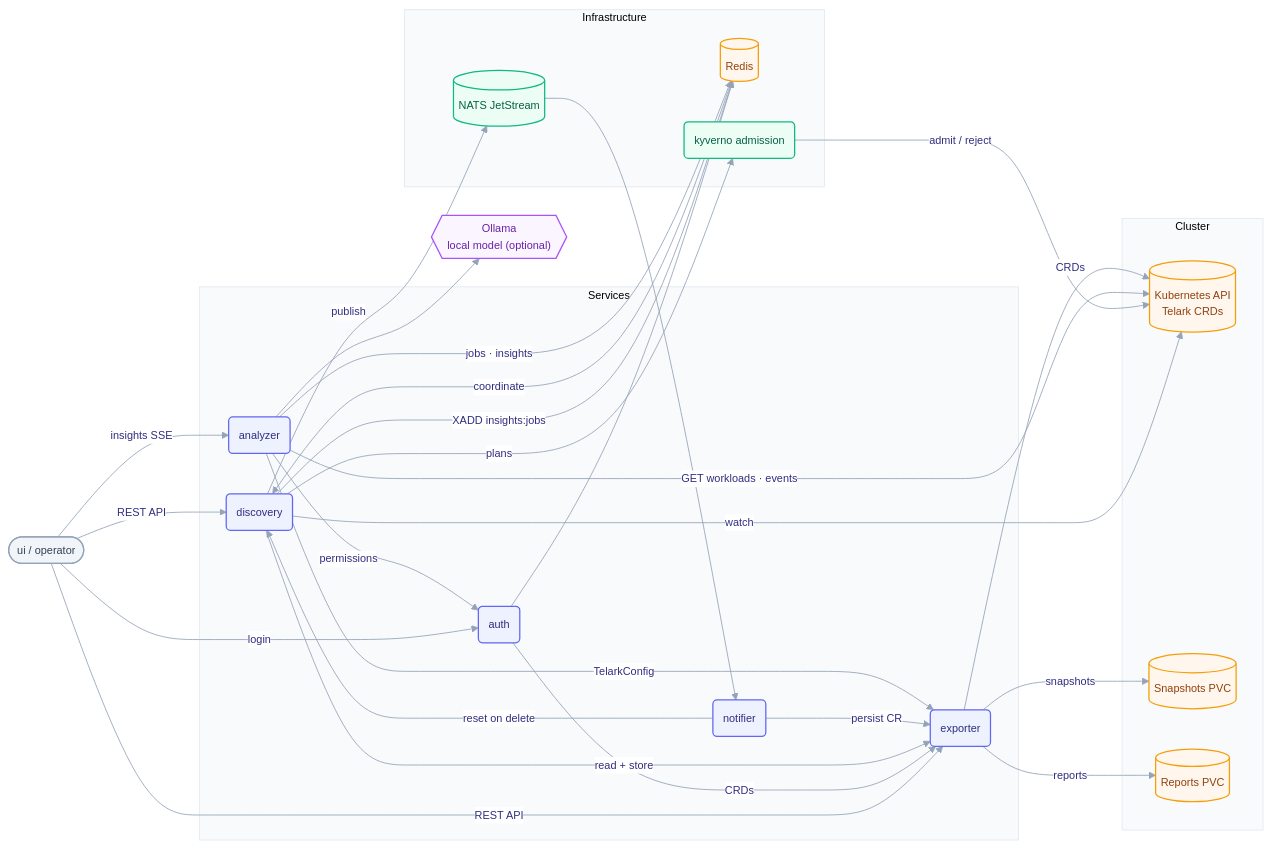
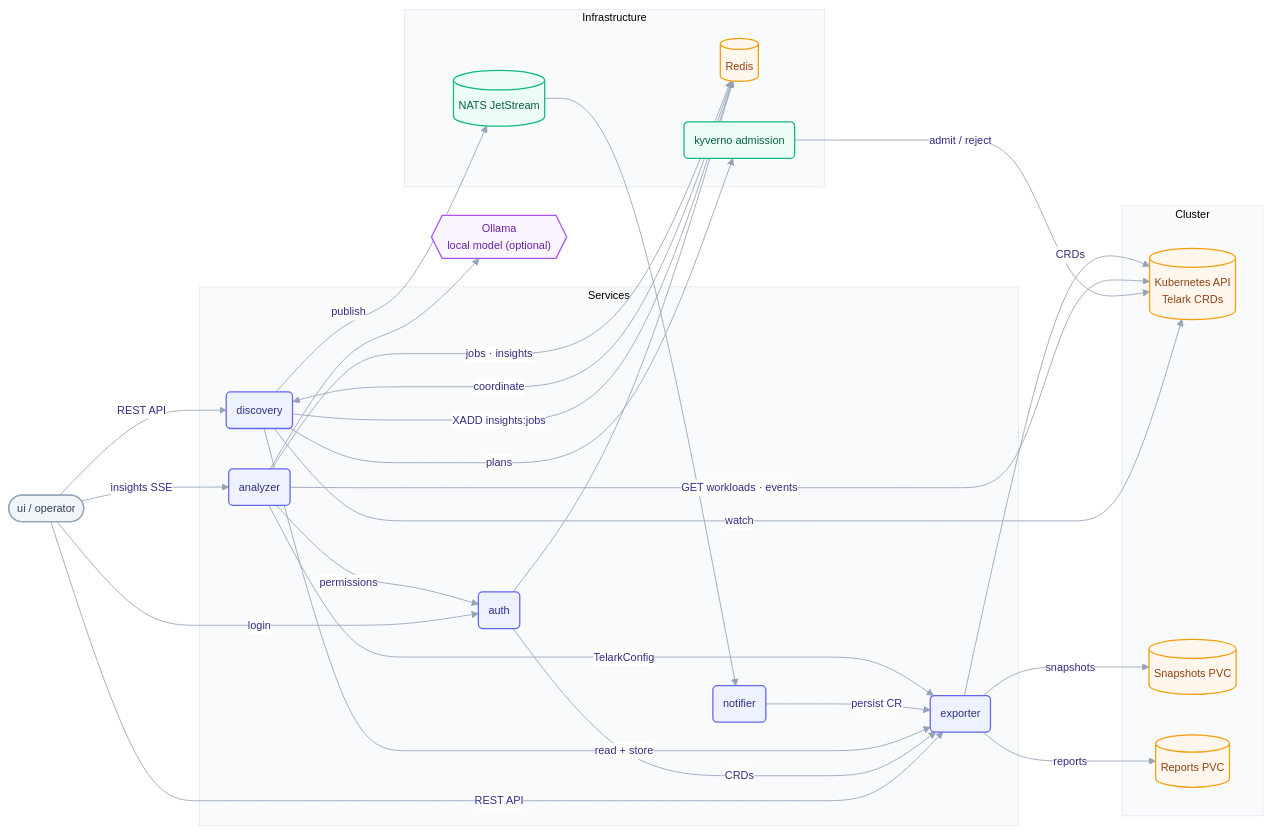
The diagram in docs/architecture.md (telark/telark), drawn with Mermaid before and after one commit. The commit also changed other lines of this file and 32 other files, not shown here.

````diff
--- a/docs/architecture.md
+++ b/docs/architecture.md
@@ -7,65 +7,64 @@
 ```mermaid
 %%{init: {"theme":"base","themeVariables":{"fontFamily":"ui-sans-serif, system-ui, -apple-system, Segoe UI, Roboto, sans-serif","fontSize":"13px","lineColor":"#94a3b8","primaryColor":"#eef2ff","primaryBorderColor":"#6366f1","primaryTextColor":"#312e81","edgeLabelBackground":"#ffffff","clusterBkg":"#f8fafc","clusterBorder":"#e2e8f0"},"flowchart":{"curve":"basis","htmlLabels":true,"nodeSpacing":48,"rankSpacing":64,"padding":12}}}%%
 flowchart LR
   UI(["ui / operator"])
 
   subgraph services["Services"]
     AUTH(auth)
     DISC(discovery)
     EXP(exporter)
     ANL(analyzer)
     NTF(notifier)
   end
 
   subgraph infra["Infrastructure"]
     REDIS[("Redis")]
     NATS[("NATS JetStream")]
     KYV(kyverno admission)
   end
 
   subgraph cluster["Cluster"]
     K8S[("Kubernetes API<br/>Telark CRDs")]
     PVC[("Snapshots PVC")]
     RPVC[("Reports PVC")]
   end
 
   LLM{{"Ollama<br/>local model (optional)"}}
 
   UI -->|login| AUTH
   UI -->|REST API| DISC
   UI -->|insights SSE| ANL
   UI -->|REST API| EXP
 
   AUTH -->|CRDs| EXP
   AUTH --> REDIS
 
   DISC -->|watch| K8S
   DISC -->|read + store| EXP
   DISC -->|publish| NATS --> NTF -->|persist CR| EXP
-  NTF -->|reset on delete| DISC
   DISC -->|XADD insights:jobs| REDIS
   DISC <-->|coordinate| REDIS
   DISC -->|plans| KYV
   KYV -->|admit / reject| K8S
 
   ANL -->|jobs · insights| REDIS
   ANL -->|TelarkConfig| EXP
   ANL -->|permissions| AUTH
   ANL --> LLM
   ANL -->|GET workloads · events| K8S
 
   EXP -->|CRDs| K8S
   EXP -->|snapshots| PVC
   EXP -->|reports| RPVC
 
   classDef svc fill:#eef2ff,stroke:#6366f1,stroke-width:1.5px,color:#312e81;
   classDef infra fill:#ecfdf5,stroke:#10b981,stroke-width:1.5px,color:#065f46;
   classDef store fill:#fff7ed,stroke:#f59e0b,stroke-width:1.5px,color:#92400e;
   classDef peer fill:#f1f5f9,stroke:#94a3b8,stroke-width:1.5px,color:#334155;
   classDef ext fill:#faf5ff,stroke:#a855f7,stroke-width:1.5px,color:#6b21a8;
   class AUTH,DISC,EXP,ANL,NTF svc;
   class NATS,KYV infra;
   class REDIS,K8S,PVC,RPVC store;
   class UI peer;
   class LLM ext;
 ```
````
